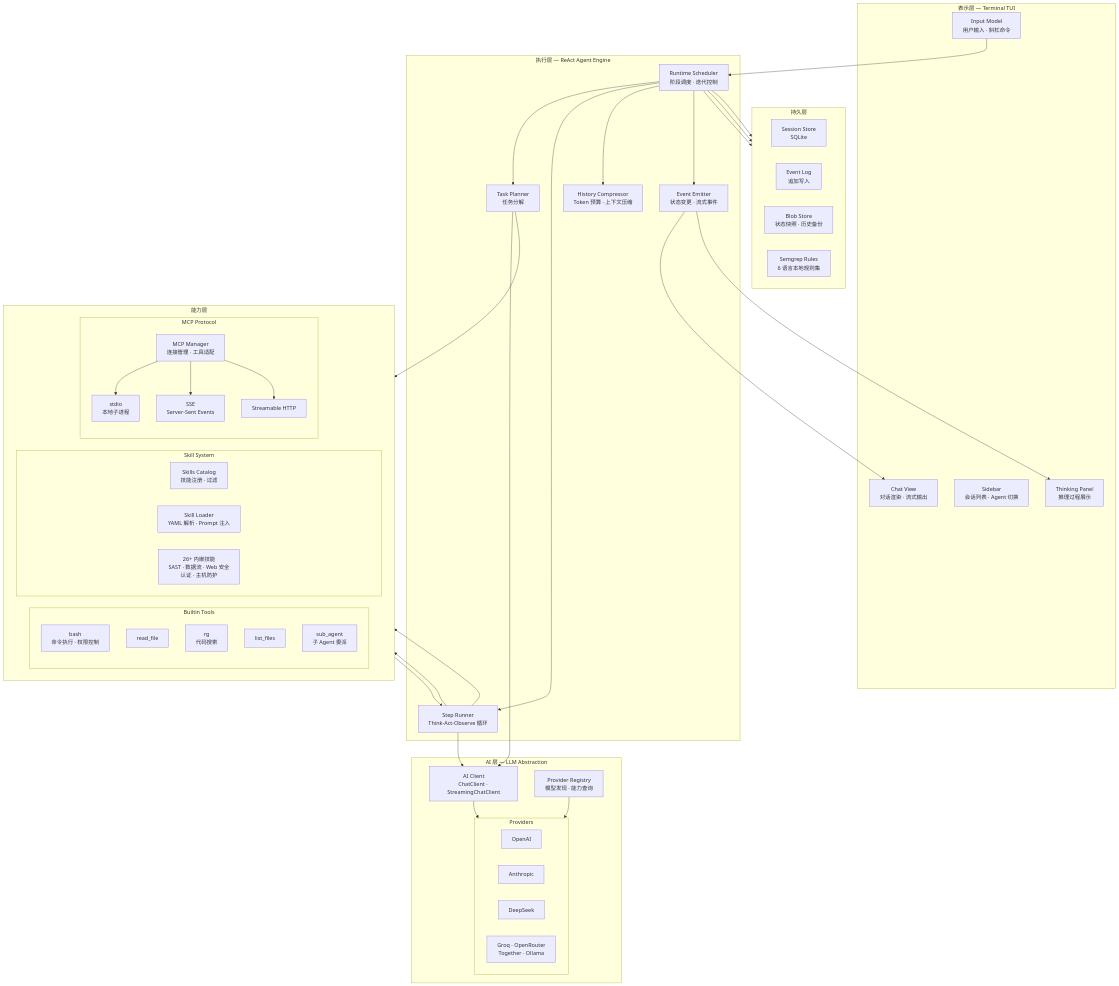
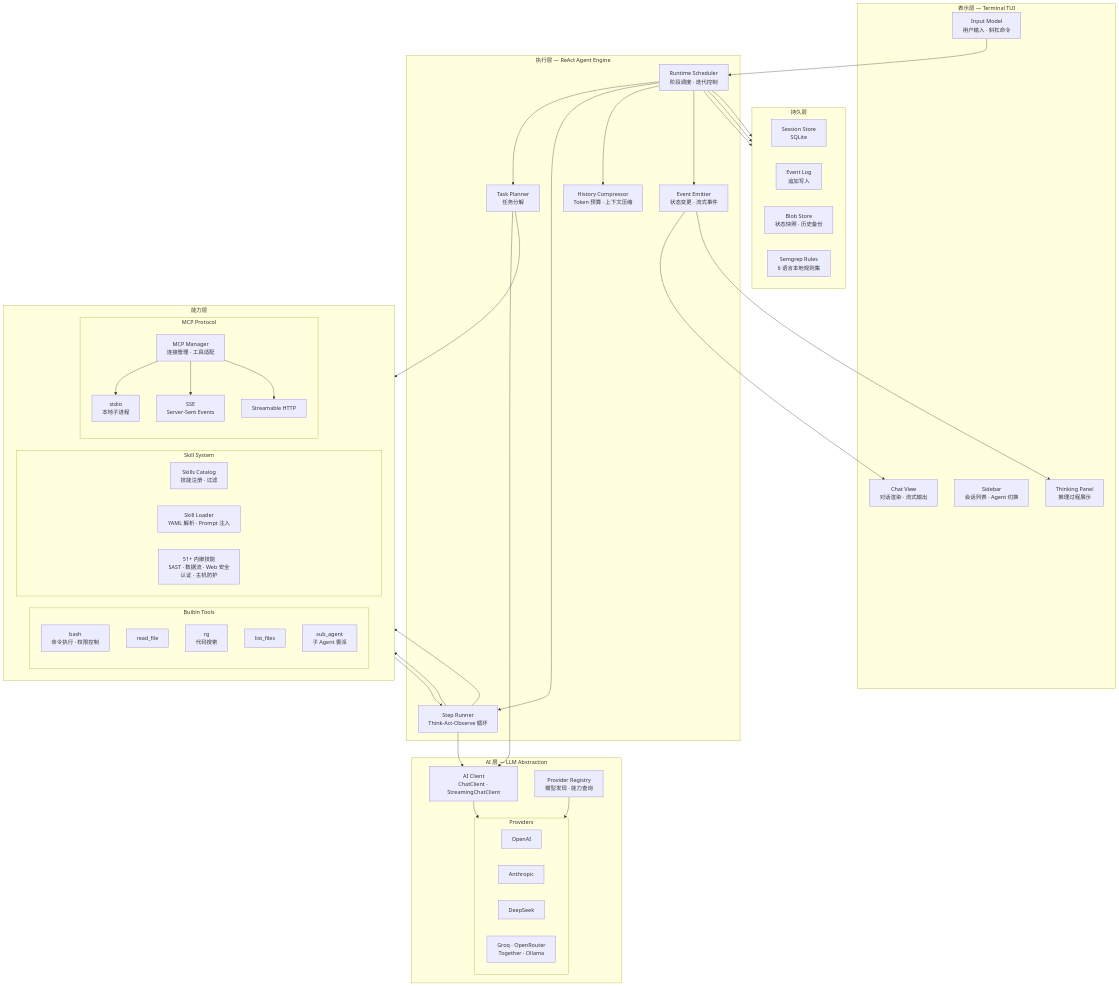
The diagram in README.md (Q16G/aster), drawn with Mermaid before and after one commit. The commit also changed other lines of this file, not shown here.

```diff
--- a/README.md
+++ b/README.md
@@ -693,7 +732,7 @@
         subgraph Skills ["Skill System"]
             SkillCatalog[Skills Catalog<br>技能注册 · 过滤]
             SkillLoader[Skill Loader<br>YAML 解析 · Prompt 注入]
-            BuiltinSkills[26+ 内嵌技能<br>SAST · 数据流 · Web 安全<br>认证 · 主机防护]
+            BuiltinSkills[51+ 内嵌技能<br>SAST · 数据流 · Web 安全<br>认证 · 主机防护]
         end
 
         subgraph MCP ["MCP Protocol"]
```
